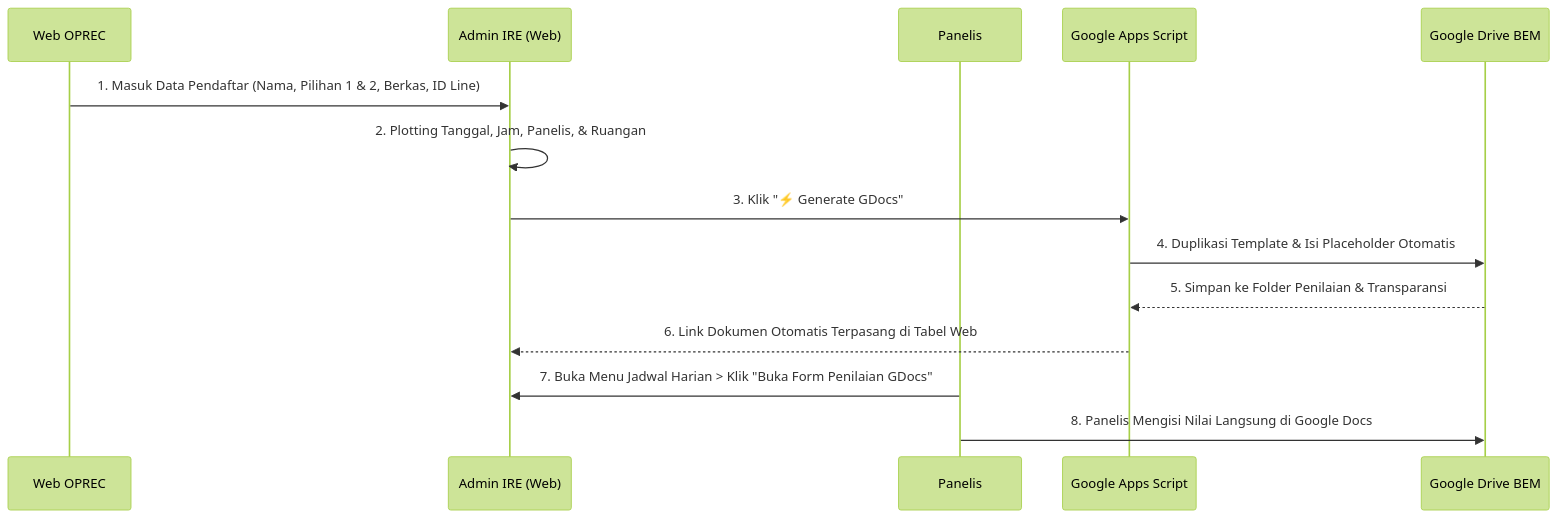
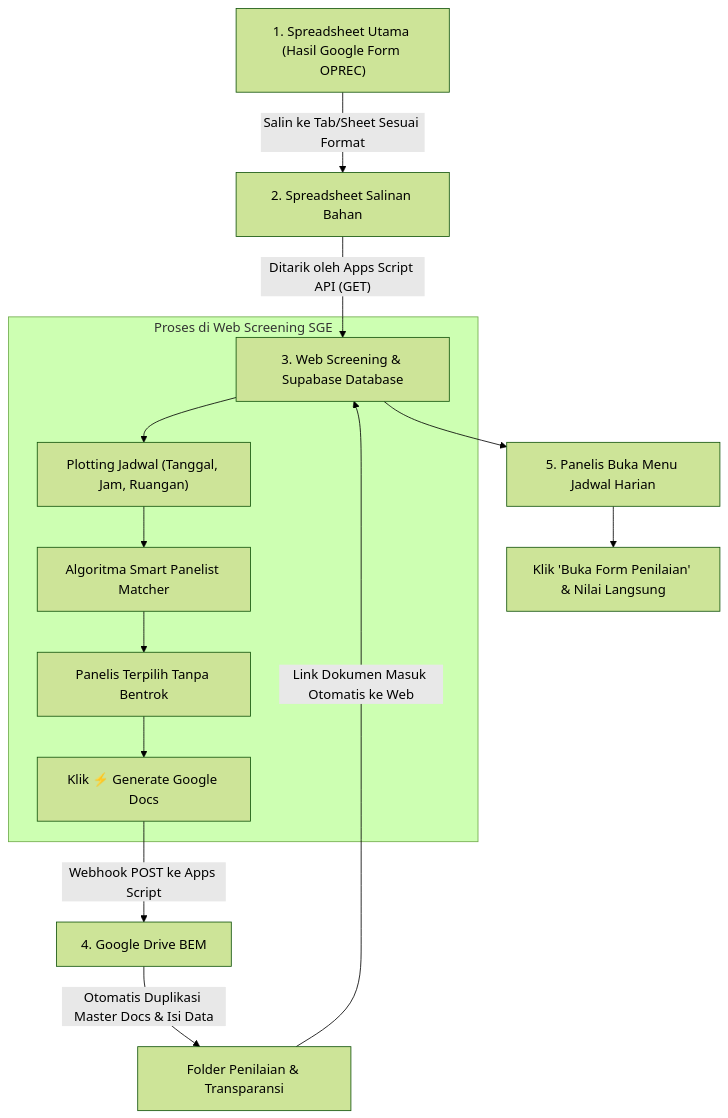
Before and after one commit to faizfznn/screening-website: the diagram in README.md, drawn with Mermaid (forest theme). The commit also changed other lines of this file and 12 other files, not shown here.

Commit message:
feat: add daily schedules, schedule availability, and gdocs integration pages with supabase sync

````diff
--- a/README.md
+++ b/README.md
@@ -242,17 +32,19 @@
 ```mermaid
-sequenceDiagram
-    participant O as Web OPREC
-    participant A as Admin IRE (Web)
-    participant P as Panelis
-    participant G as Google Apps Script
-    participant D as Google Drive BEM
-
-    O->>A: 1. Masuk Data Pendaftar (Nama, Pilihan 1 & 2, Berkas, ID Line)
-    A->>A: 2. Plotting Tanggal, Jam, Panelis, & Ruangan
-    A->>G: 3. Klik "⚡ Generate GDocs"
-    G->>D: 4. Duplikasi Template & Isi Placeholder Otomatis
-    D-->>G: 5. Simpan ke Folder Penilaian & Transparansi
-    G-->>A: 6. Link Dokumen Otomatis Terpasang di Tabel Web
-    P->>A: 7. Buka Menu Jadwal Harian > Klik "Buka Form Penilaian GDocs"
-    P->>D: 8. Panelis Mengisi Nilai Langsung di Google Docs
+flowchart TD
+    A["1. Spreadsheet Utama (Hasil Google Form OPREC)"] -->|"Salin ke Tab/Sheet Sesuai Format"| B["2. Spreadsheet Salinan Bahan"]
+    B -->|"Ditarik oleh Apps Script API (GET)"| C["3. Web Screening & Supabase Database"]
+    
+    subgraph S["Proses di Web Screening SGE"]
+        C --> D["Plotting Jadwal (Tanggal, Jam, Ruangan)"]
+        D --> E["Algoritma Smart Panelist Matcher"]
+        E --> F["Panelis Terpilih Tanpa Bentrok"]
+        F --> G["Klik ⚡ Generate Google Docs"]
+    end
+    
+    G -->|"Webhook POST ke Apps Script"| H["4. Google Drive BEM"]
+    H -->|"Otomatis Duplikasi Master Docs & Isi Data"| I["Folder Penilaian & Transparansi"]
+    I -->|"Link Dokumen Masuk Otomatis ke Web"| C
+    
+    C --> J["5. Panelis Buka Menu Jadwal Harian"]
+    J --> K["Klik 'Buka Form Penilaian' & Nilai Langsung"]
 ```
````
